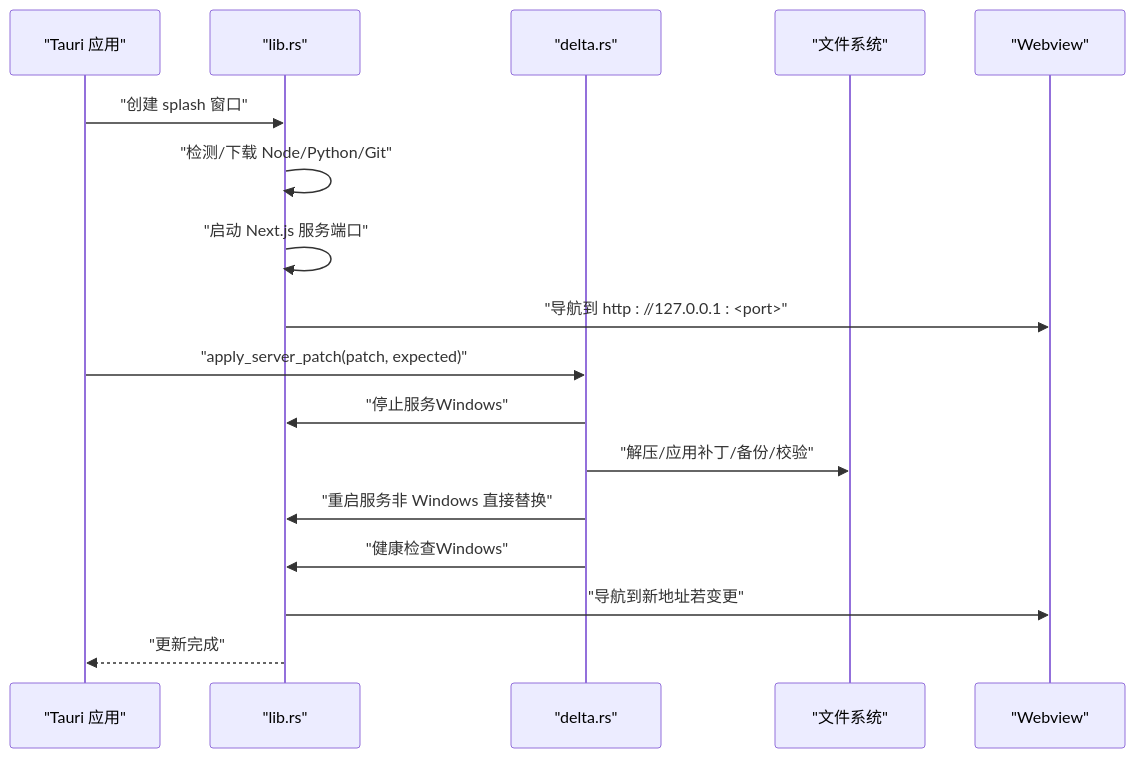
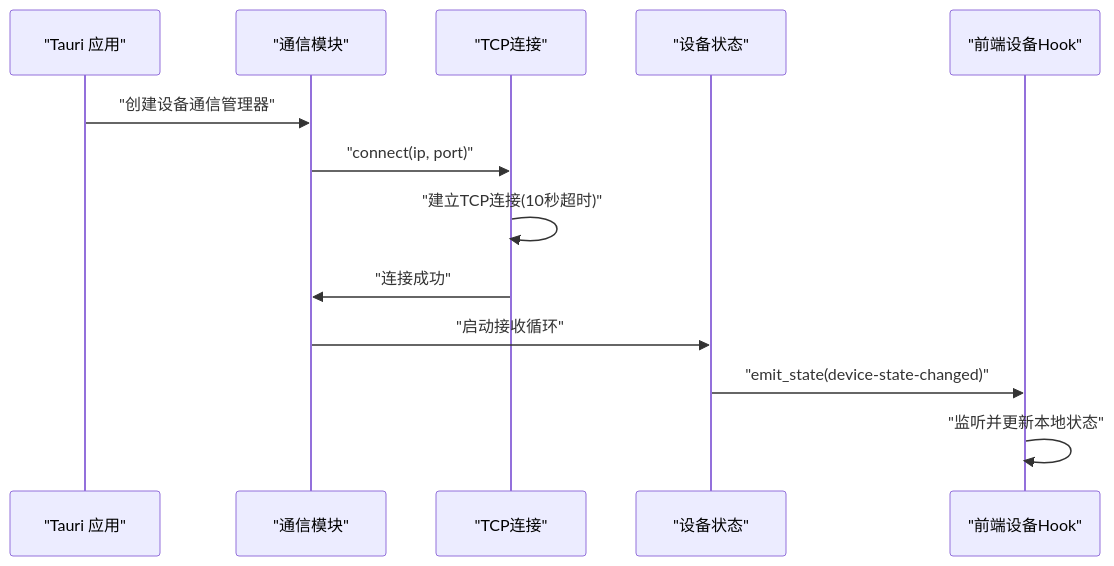
The third of 10 diagrams in .qoder/repowiki/zh/content/架构设计/架构设计.md (ggtiger/SSTS), drawn with Mermaid before and after one commit. The commit also changed other lines of this file and 12 other files, not shown here.

````diff
--- a/.qoder/repowiki/zh/content/架构设计/架构设计.md
+++ b/.qoder/repowiki/zh/content/架构设计/架构设计.md
@@ -193,19 +273,15 @@
 ```mermaid
 sequenceDiagram
 participant App as "Tauri 应用"
-participant Lib as "lib.rs"
-participant Delta as "delta.rs"
-participant FS as "文件系统"
-participant Web as "Webview"
-App->>Lib : "创建 splash 窗口"
-Lib->>Lib : "检测/下载 Node/Python/Git"
-Lib->>Lib : "启动 Next.js 服务端口"
-Lib->>Web : "导航到 http : //127.0.0.1 : <port>"
-App->>Delta : "apply_server_patch(patch, expected)"
-Delta->>Lib : "停止服务Windows"
-Delta->>FS : "解压/应用补丁/备份/校验"
-Delta->>Lib : "重启服务非 Windows 直接替换"
-Delta->>Lib : "健康检查Windows"
-Lib->>Web : "导航到新地址若变更"
-Lib-->>App : "更新完成"
+participant Comm as "通信模块"
+participant Conn as "TCP连接"
+participant State as "设备状态"
+participant Frontend as "前端设备Hook"
+App->>Comm : "创建设备通信管理器"
+Comm->>Conn : "connect(ip, port)"
+Conn->>Conn : "建立TCP连接(10秒超时)"
+Conn->>Comm : "连接成功"
+Comm->>State : "启动接收循环"
+State->>Frontend : "emit_state(device-state-changed)"
+Frontend->>Frontend : "监听并更新本地状态"
 ```
````
